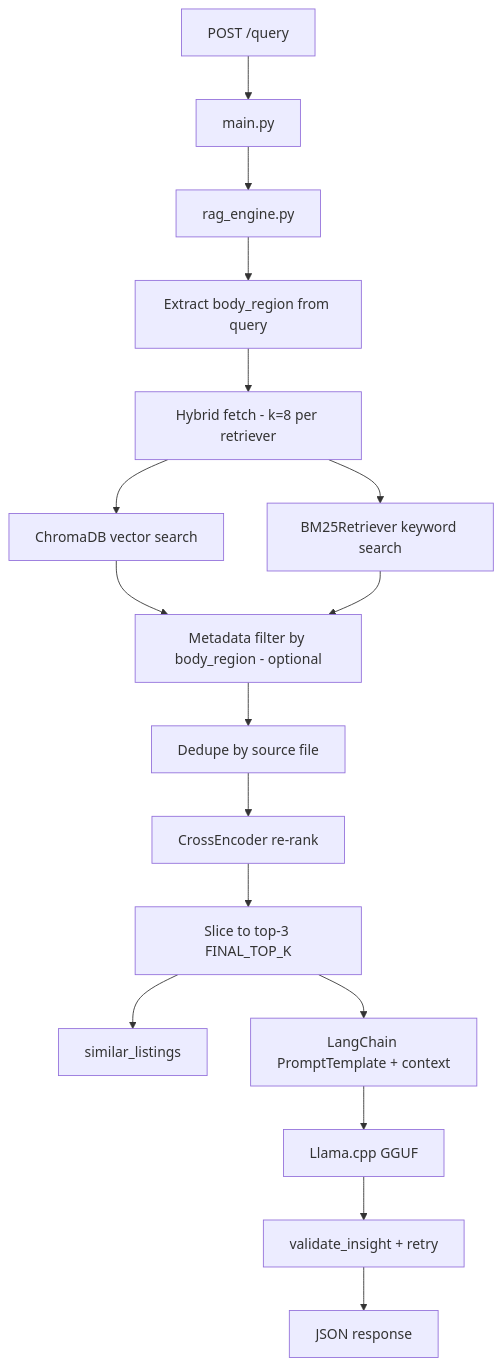
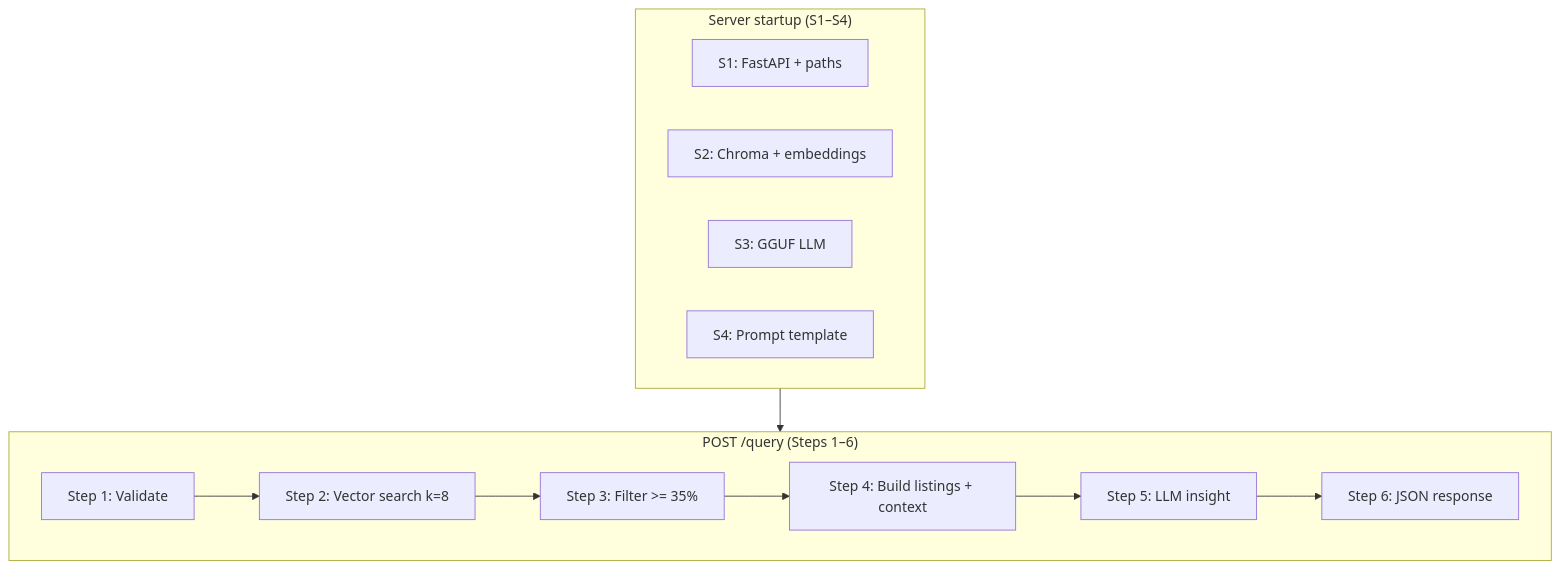
One commit to adim806/AtheleteCare-Final-Project changed the third of 3 diagrams in RAG-Service/README.md. Above: the diagram before and after it, drawn with Mermaid. The commit also changed other lines of this file and 18 other files, not shown here.

````diff
--- a/RAG-Service/README.md
+++ b/RAG-Service/README.md
@@ -85,20 +206,19 @@
 ```mermaid
 flowchart TD
-    Client["POST /query"] --> FastAPI["main.py"]
-    FastAPI --> RAGEngine["rag_engine.py"]
-
-    RAGEngine --> RegionDetect["Extract body_region from query"]
-    RegionDetect --> HybridFetch["Hybrid fetch - k=8 per retriever"]
-    HybridFetch --> ChromaDB["ChromaDB vector search"]
-    HybridFetch --> BM25["BM25Retriever keyword search"]
-    ChromaDB --> MetaFilter["Metadata filter by body_region - optional"]
-    BM25 --> MetaFilter
-    MetaFilter --> Dedupe["Dedupe by source file"]
-    Dedupe --> Rerank["CrossEncoder re-rank"]
-    Rerank --> Top3["Slice to top-3 FINAL_TOP_K"]
-    Top3 --> Listings["similar_listings"]
-    Top3 --> Prompt["LangChain PromptTemplate + context"]
-    Prompt --> LlamaCpp["Llama.cpp GGUF"]
-    LlamaCpp --> Validate["validate_insight + retry"]
-    Validate --> Response["JSON response"]
+    subgraph startup ["Server startup (S1–S4)"]
+        S1["S1: FastAPI + paths"]
+        S2["S2: Chroma + embeddings"]
+        S3["S3: GGUF LLM"]
+        S4["S4: Prompt template"]
+    end
+    subgraph query ["POST /query (Steps 1–6)"]
+        Q1["Step 1: Validate"]
+        Q2["Step 2: Vector search k=8"]
+        Q3["Step 3: Filter >= 35%"]
+        Q4["Step 4: Build listings + context"]
+        Q5["Step 5: LLM insight"]
+        Q6["Step 6: JSON response"]
+    end
+    startup --> query
+    Q1 --> Q2 --> Q3 --> Q4 --> Q5 --> Q6
 ```
````
